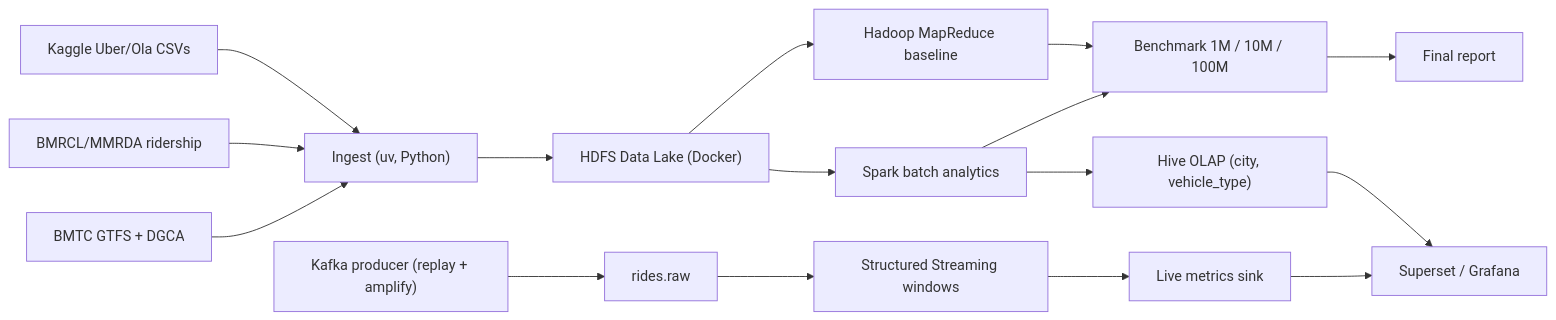
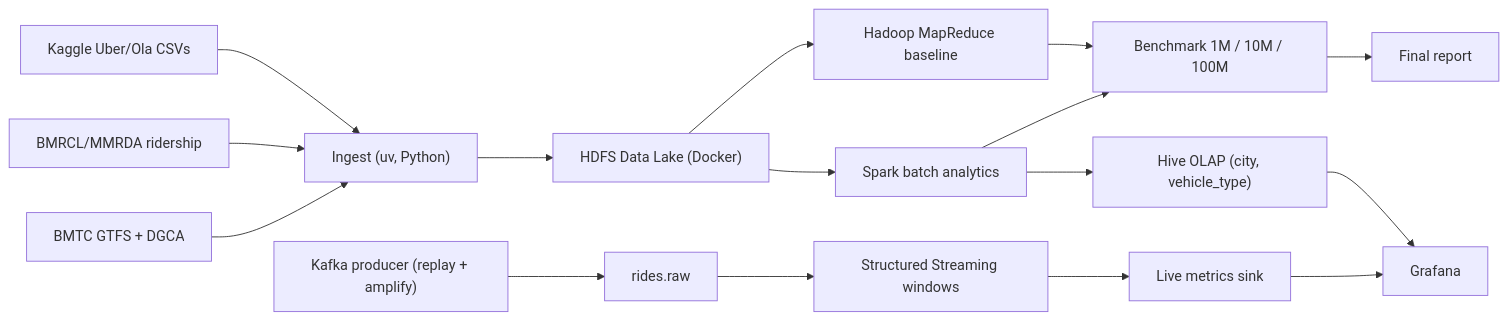
Before and after one commit to DarkPhoenix645/flowstate: the diagram in docs/architecture.md, drawn with Mermaid. The commit also changed 15 other files, not shown here.

Commit message:
migrate from superset to grafana

````diff
--- a/docs/architecture.md
+++ b/docs/architecture.md
@@ -5,18 +5,18 @@
 ```mermaid
 flowchart LR
   src1["Kaggle Uber/Ola CSVs"] --> ing["Ingest (uv, Python)"]
   src2["BMRCL/MMRDA ridership"] --> ing
   src3["BMTC GTFS + DGCA"] --> ing
   ing --> hdfs["HDFS Data Lake (Docker)"]
   hdfs --> mr["Hadoop MapReduce baseline"]
   hdfs --> spark["Spark batch analytics"]
   mr --> bench["Benchmark 1M / 10M / 100M"]
   spark --> bench
   spark --> hive["Hive OLAP (city, vehicle_type)"]
-  hive --> dash["Superset / Grafana"]
+  hive --> dash["Grafana"]
   replay["Kafka producer (replay + amplify)"] --> kafka["rides.raw"]
   kafka --> sss["Structured Streaming windows"]
   sss --> sink["Live metrics sink"]
   sink --> dash
   bench --> report["Final report"]
 ```
````
